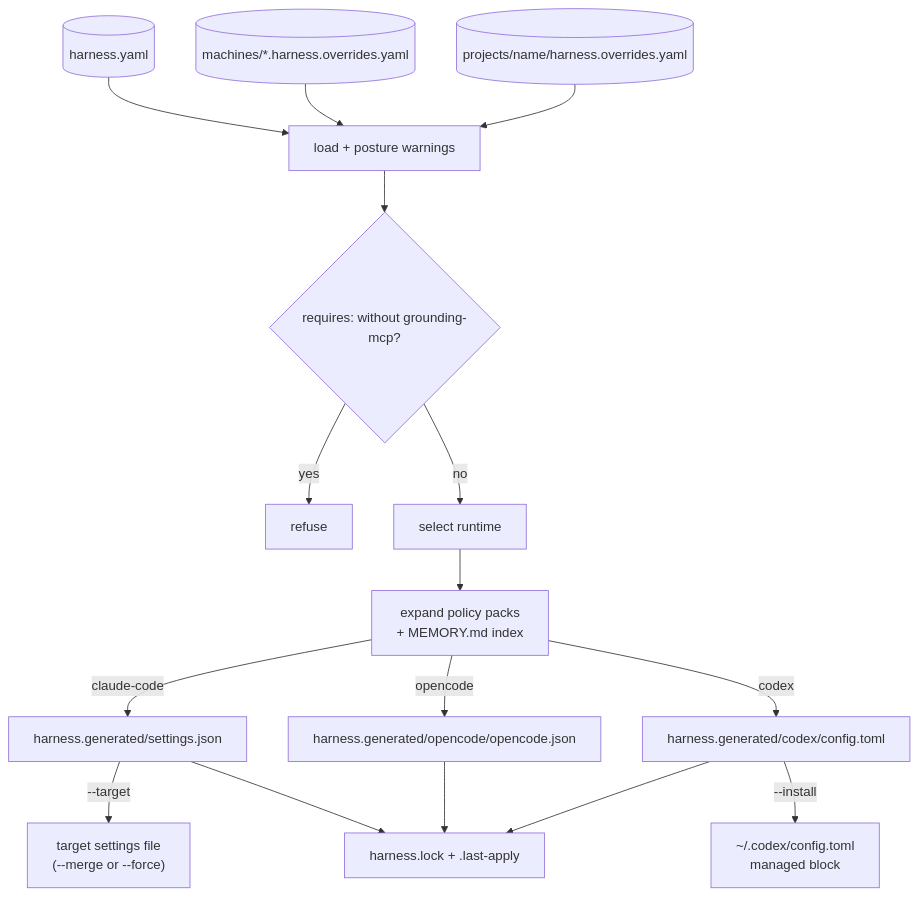
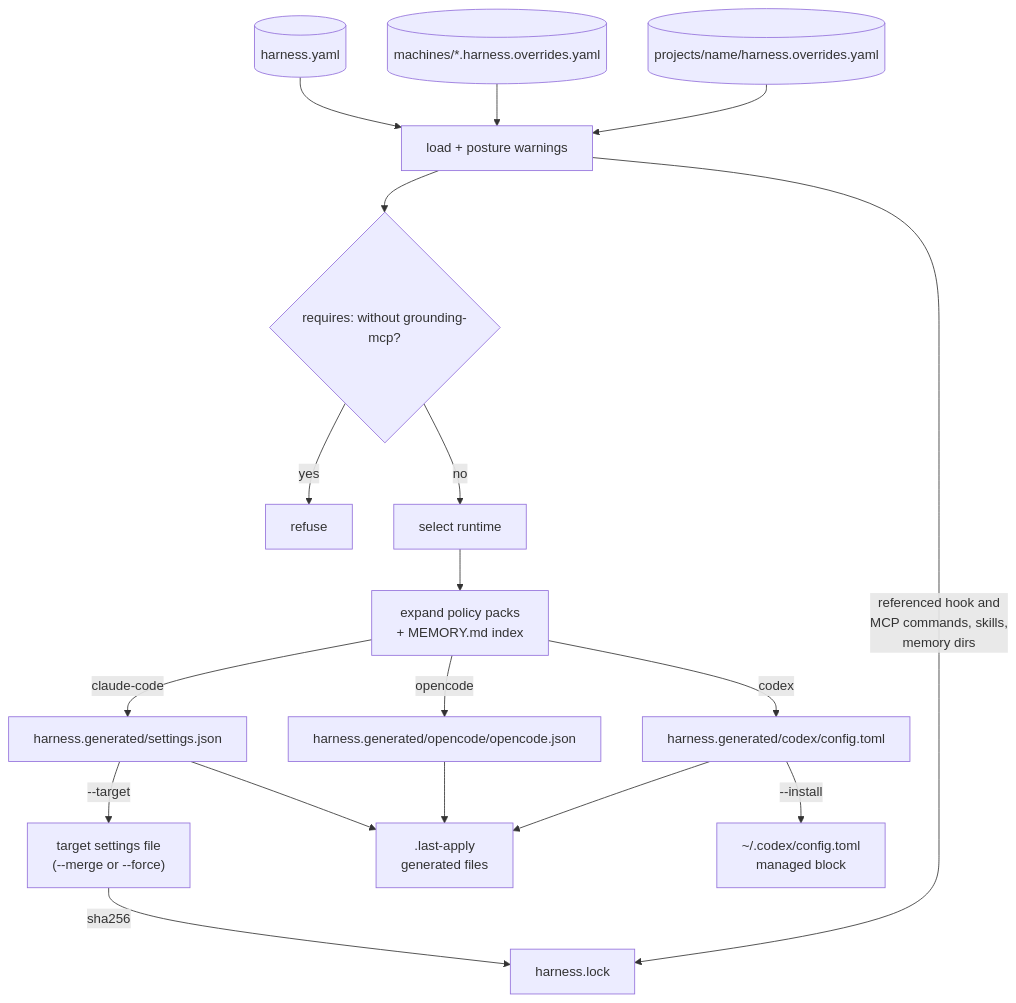
The second of 2 diagrams in docs/for-humans.md (LanNguyenSi/harness), drawn with Mermaid before and after one commit. The commit also changed other lines of this file and 3 other files, not shown here.

First line of the commit message:
docs: correct apply-lock diagram, pre-harness backups and harness.d claims

````diff
--- a/docs/for-humans.md
+++ b/docs/for-humans.md
@@ -161,18 +164,20 @@
 ```mermaid
 flowchart TD
   BASE[("harness.yaml")] --> LOAD
   MACH[("machines/*.harness.overrides.yaml")] --> LOAD
   PROJ[("projects/name/harness.overrides.yaml")] --> LOAD
   LOAD["load + posture warnings"] --> GATE{"requires: without grounding-mcp?"}
   GATE -->|yes| STOP["refuse"]
   GATE -->|no| RT["select runtime"]
   RT --> PACKS["expand policy packs<br/>+ MEMORY.md index"]
   PACKS -->|claude-code| SET["harness.generated/settings.json"]
   PACKS -->|opencode| OC["harness.generated/opencode/opencode.json"]
   PACKS -->|codex| CODEX["harness.generated/codex/config.toml"]
   SET -->|"--target"| TGT["target settings file<br/>(--merge or --force)"]
-  SET --> LOCK["harness.lock + .last-apply"]
-  OC --> LOCK
-  CODEX --> LOCK
+  SET --> LAST[".last-apply<br/>generated files"]
+  OC --> LAST
+  CODEX --> LAST
   CODEX -->|"--install"| INST["~/.codex/config.toml<br/>managed block"]
+  LOAD -->|"referenced hook and<br/>MCP commands, skills,<br/>memory dirs"| LOCK["harness.lock"]
+  TGT -->|"sha256"| LOCK
 ```
````
